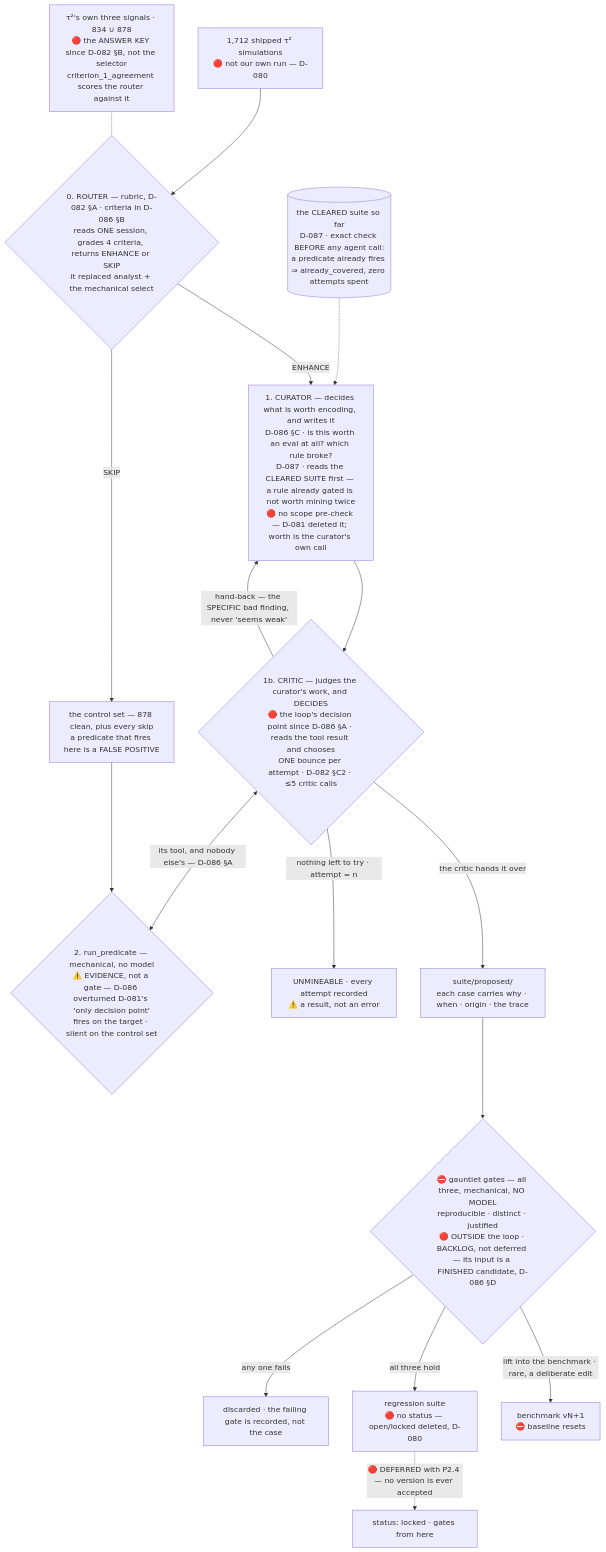
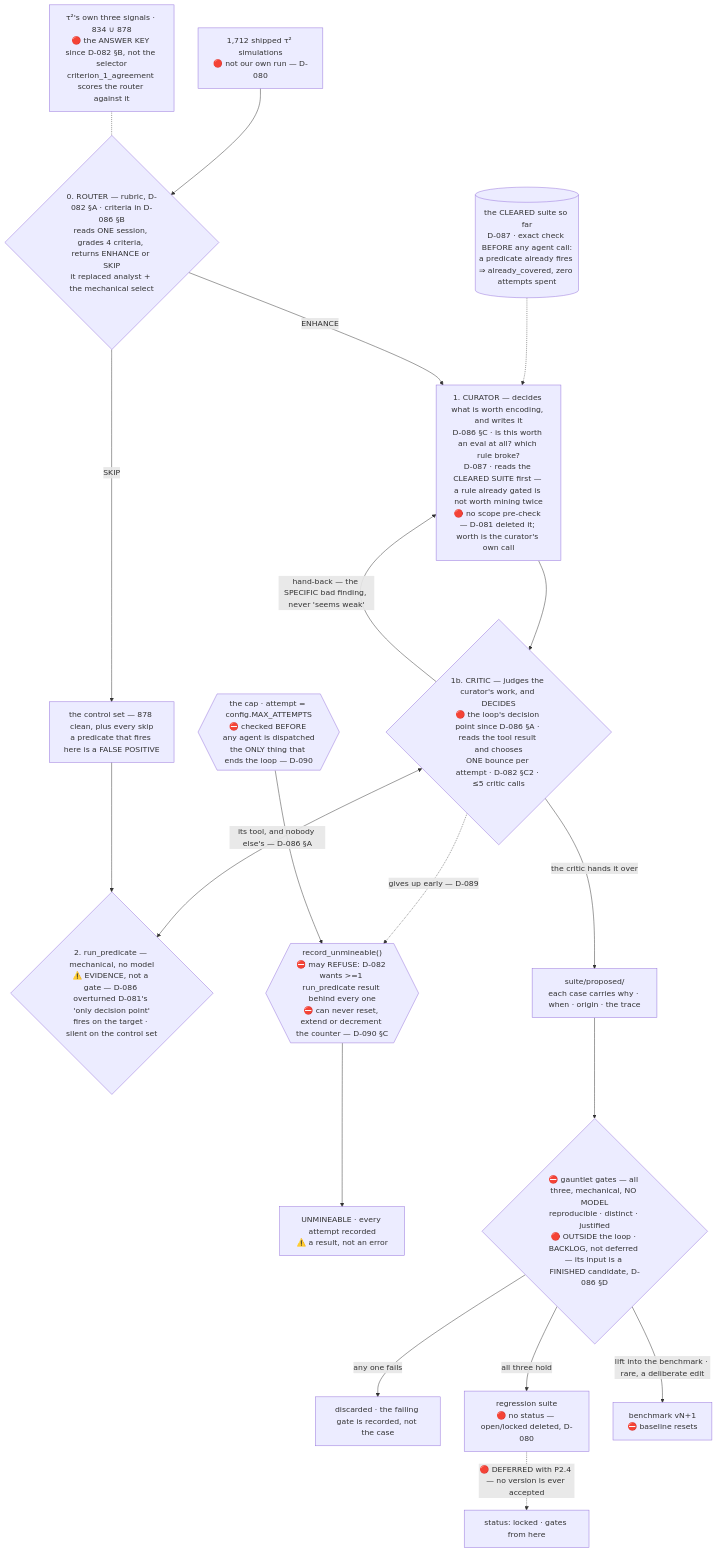
One commit to sandeepyadav1478/touchstone changed the diagram in docs/02-gates.md. Above: the diagram before and after it, drawn with Mermaid. The commit also changed other lines of this file and 5 other files, not shown here.

First line of the commit message:
D-090: the cap is config, the tool can refuse, neither one ends the loop

````diff
--- a/docs/02-gates.md
+++ b/docs/02-gates.md
@@ -363,19 +365,21 @@
 ```mermaid
 flowchart TB
   SUITE0[("the CLEARED suite so far<br/>D-087 · exact check BEFORE any agent call:<br/>a predicate already fires ⇒ already_covered, zero attempts spent")] -.-> TRANS
   SCORE["1,712 shipped τ² simulations<br/>🔴 not our own run — D-080"] --> ROUTER{"0. ROUTER — rubric, D-082 §A · criteria in D-086 §B<br/>reads ONE session, grades 4 criteria, returns ENHANCE or SKIP<br/>it replaced analyst + the mechanical select"}
   ROUTER -->|SKIP| CLEAN["the control set — 878 clean, plus every skip<br/>a predicate that fires here is a FALSE POSITIVE"]
   KEY["τ²'s own three signals · 834 ∪ 878<br/>🔴 the ANSWER KEY since D-082 §B, not the selector<br/>criterion_1_agreement scores the router against it"] -.- ROUTER
   ROUTER -->|ENHANCE| TRANS["1. CURATOR — decides what is worth encoding, and writes it<br/>D-086 §C · is this worth an eval at all? which rule broke?<br/>D-087 · reads the CLEARED SUITE first — a rule already gated is not worth mining twice<br/>🔴 no scope pre-check — D-081 deleted it; worth is the curator's own call"]
   TRANS --> CRIT{"1b. CRITIC — judges the curator's work, and DECIDES<br/>🔴 the loop's decision point since D-086 §A · reads the tool result and chooses<br/>ONE bounce per attempt · D-082 §C2 · ≤5 critic calls"}
   CRIT <-->|"its tool, and nobody else's — D-086 §A"| TEST{"2. run_predicate — mechanical, no model<br/>⚠️ EVIDENCE, not a gate — D-086 overturned D-081's 'only decision point'<br/>fires on the target · silent on the control set"}
   CLEAN --> TEST
   CRIT -->|"hand-back — the SPECIFIC bad finding, never 'seems weak'"| TRANS
-  CRIT -->|"nothing left to try · attempt = n"| UNM["UNMINEABLE · every attempt recorded<br/>⚠️ a result, not an error"]
+  CRIT -.->|"gives up early — D-089"| REC{{"record_unmineable()<br/>⛔ may REFUSE: D-082 wants >=1 run_predicate result behind every one<br/>⛔ can never reset, extend or decrement the counter — D-090 §C"}}
+  CAP{{"the cap · attempt = config.MAX_ATTEMPTS<br/>⛔ checked BEFORE any agent is dispatched<br/>the ONLY thing that ends the loop — D-090"}} --> REC
+  REC --> UNM["UNMINEABLE · every attempt recorded<br/>⚠️ a result, not an error"]
   CRIT -->|"the critic hands it over"| PROP["suite/proposed/<br/>each case carries why · when · origin · the trace"]
   PROP --> GAUNTLET{"⛔ gauntlet gates — all three, mechanical, NO MODEL<br/>reproducible · distinct · justified<br/>🔴 OUTSIDE the loop · BACKLOG, not deferred — its input is a FINISHED candidate, D-086 §D"}
   GAUNTLET -->|any one fails| DROP["discarded · the failing gate is recorded, not the case"]
   GAUNTLET -->|all three hold| REG["regression suite<br/>🔴 no status — open/locked deleted, D-080"]
   REG -.->|"🔴 DEFERRED with P2.4 — no version is ever accepted"| LOCK["status: locked · gates from here"]
   GAUNTLET -->|"lift into the benchmark · rare, a deliberate edit"| BENCH["benchmark vN+1<br/>⛔ baseline resets"]
 ```
````
